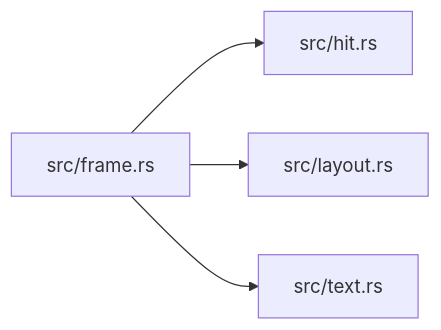
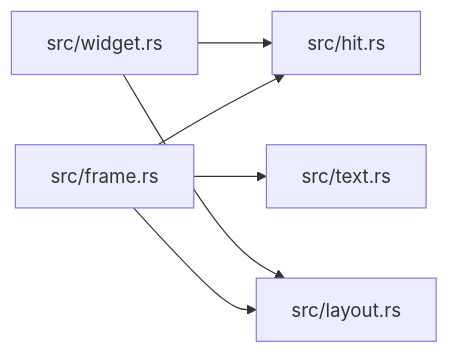
The diagram in docs/modules/ze-interact.md (xcrtp/zela), drawn with Mermaid before and after one commit. The commit also changed other lines of this file and 15 other files, not shown here.

````diff
--- a/docs/modules/ze-interact.md
+++ b/docs/modules/ze-interact.md
@@ -30,10 +31,13 @@
 ```mermaid
 graph LR
     f0["src/frame.rs"]
     f1["src/hit.rs"]
     f2["src/layout.rs"]
     f3["src/text.rs"]
+    f4["src/widget.rs"]
     f0 --> f1
     f0 --> f2
     f0 --> f3
+    f4 --> f1
+    f4 --> f2
 ```
````
